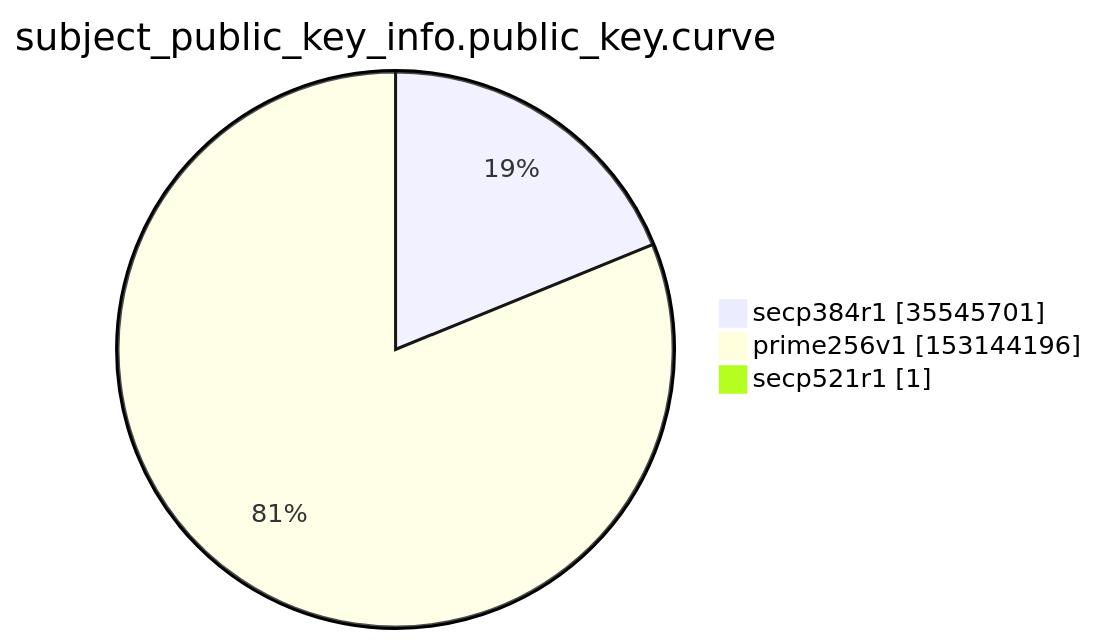
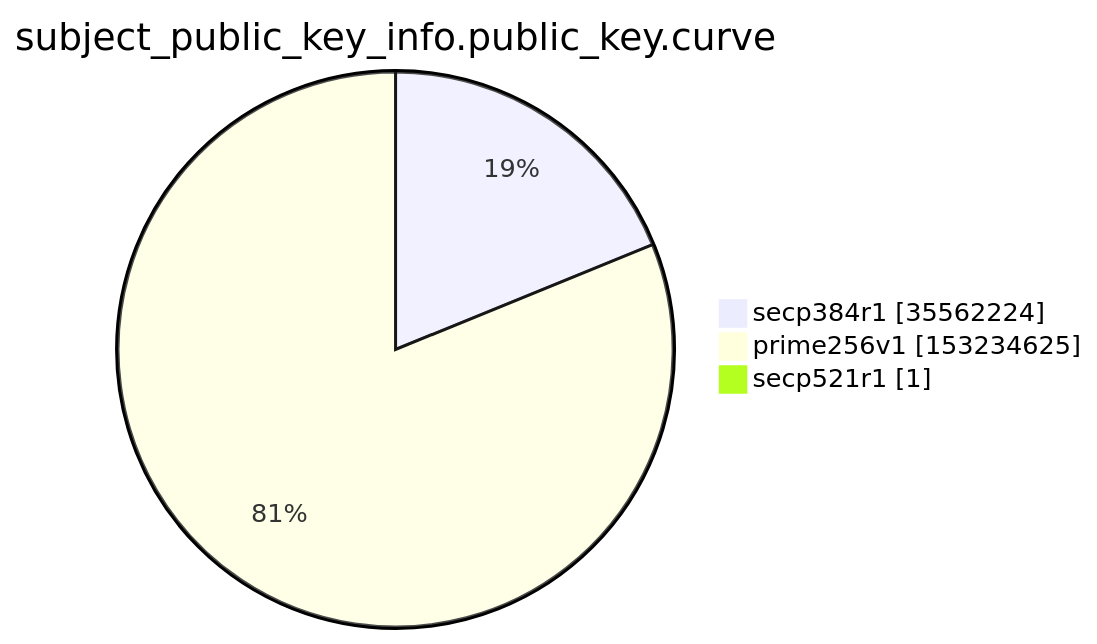
The ninth of 15 diagrams in argon2022/README.md (christiankrug/ctmonitor_visualization), drawn with Mermaid before and after one commit. The commit also changed other lines of this file, not shown here.

````diff
--- a/argon2022/README.md
+++ b/argon2022/README.md
@@ -2765,7 +2765,7 @@
 ```mermaid
 pie showData
 title subject_public_key_info.public_key.curve
-"secp384r1" :35545701
-"prime256v1" :153144196
+"secp384r1" :35562224
+"prime256v1" :153234625
 "secp521r1" :1
 ```
````
